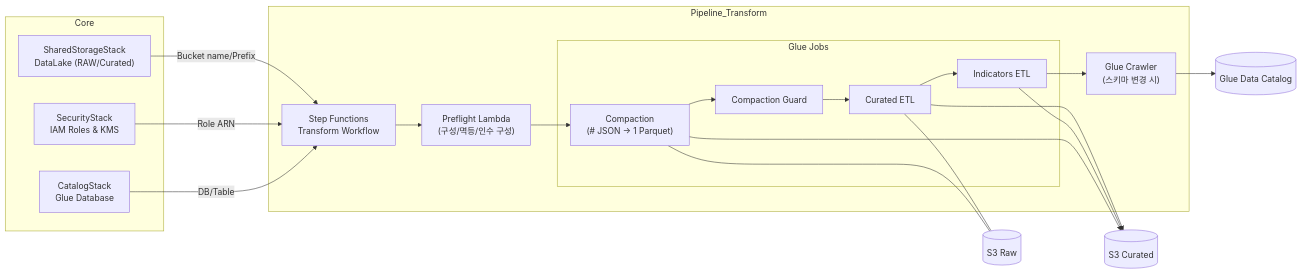
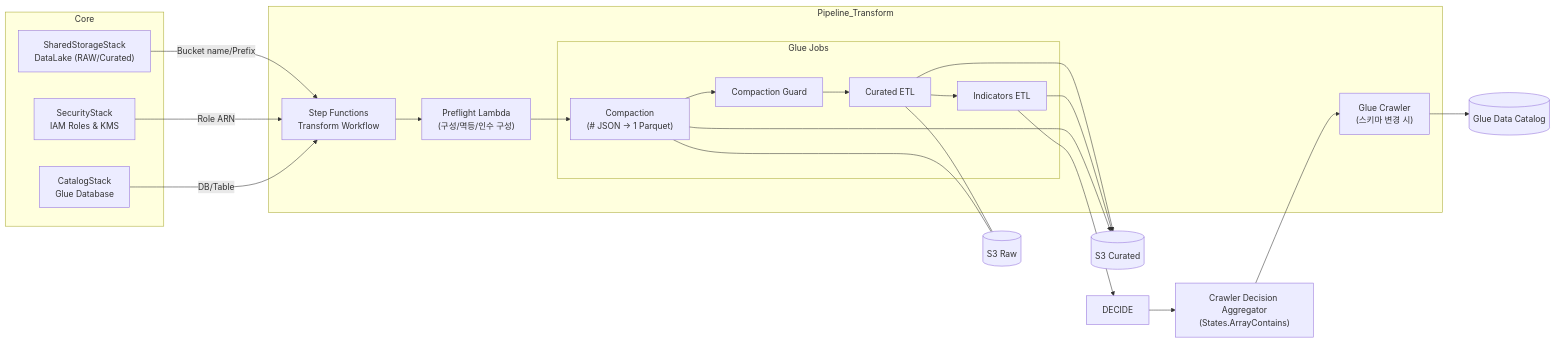
The diagram in docs/diagrams/transform/01-components.md (keemgdeok/fin-forge-pipeline), drawn with Mermaid before and after one commit. The commit also changed 11 other files, not shown here.

Commit message:
docs:  refresh transform workflow diagrams

````diff
--- a/docs/diagrams/transform/01-components.md
+++ b/docs/diagrams/transform/01-components.md
@@ -1,36 +1,38 @@
 ```mermaid
 graph LR
   subgraph Core
     SS["SharedStorageStack<br/>DataLake (RAW/Curated)"]
     SEC["SecurityStack<br/>IAM Roles & KMS"]
     GOV["CatalogStack<br/>Glue Database"]
   end
 
   subgraph Pipeline_Transform
     SFN["Step Functions<br/>Transform Workflow"]
     PRE["Preflight Lambda<br/>(구성/멱등/인수 구성)"]
     subgraph Glue_Jobs["Glue Jobs"]
       COMP["Compaction<br/>(# JSON → 1 Parquet)"]
       GUARD["Compaction Guard"]
       GLUE["Curated ETL"]
       IND["Indicators ETL"]
     end
     CRAWL["Glue Crawler<br/>(스키마 변경 시)"]
   end
 
   SS -->|Bucket name/Prefix| SFN
   SEC -->|Role ARN| SFN
   GOV -->|DB/Table| SFN
 
   SFN --> PRE
   PRE --> COMP
-  COMP --> GUARD --> GLUE --> IND --> CRAWL
+  COMP --> GUARD --> GLUE --> IND --> DECIDE
+  DECIDE --> AGG["Crawler Decision Aggregator<br/>(States.ArrayContains)"]
+  AGG --> CRAWL
   GLUE --> CUR[(S3 Curated)]
   IND --> CUR
   GLUE --- RAW[(S3 Raw)]
   COMP --- RAW
   COMP --> CUR
   CRAWL --> CAT[(Glue Data Catalog)]
 
   %% Governance/Security notes
 ```
````
